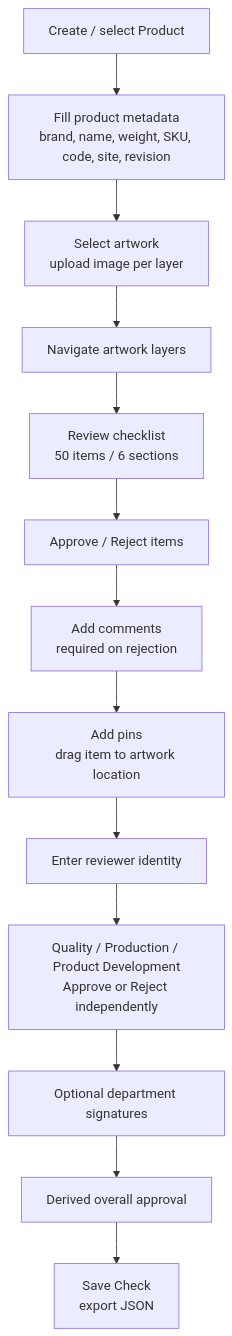
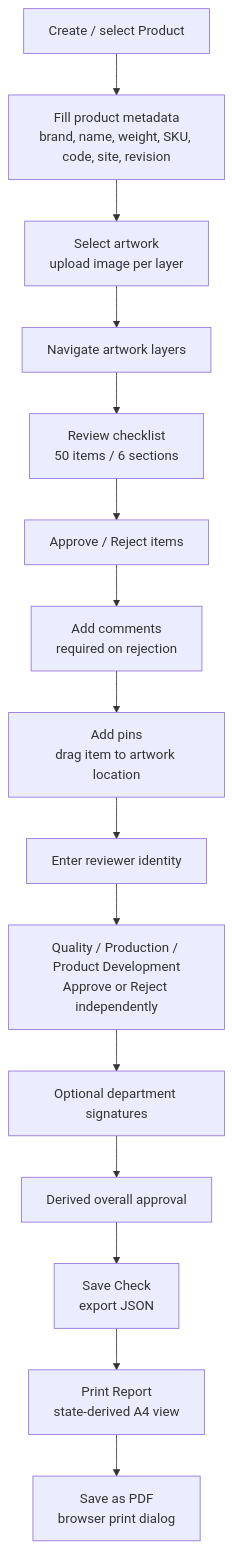
Before and after one commit to samantharissicy/artwork-checklist: the diagram in docs/domain/review-workflow.md, drawn with Mermaid. The commit also changed other lines of this file and 33 other files, not shown here.

Commit message:
feat: implement state-derived print report system and establish architectural documentation suite

````diff
--- a/docs/domain/review-workflow.md
+++ b/docs/domain/review-workflow.md
@@ -11,15 +11,17 @@
 ```mermaid
 flowchart TD
   A[Create / select Product] --> B[Fill product metadata<br/>brand, name, weight, SKU, code, site, revision]
   B --> C[Select artwork<br/>upload image per layer]
   C --> D[Navigate artwork layers]
   D --> E[Review checklist<br/>50 items / 6 sections]
   E --> F[Approve / Reject items]
   F --> G[Add comments<br/>required on rejection]
   G --> H[Add pins<br/>drag item to artwork location]
   H --> I[Enter reviewer identity]
   I --> J[Quality / Production / Product Development<br/>Approve or Reject independently]
   J --> K[Optional department signatures]
   K --> L[Derived overall approval]
   L --> M[Save Check<br/>export JSON]
+  M --> N[Print Report<br/>state-derived A4 view]
+  N --> O[Save as PDF<br/>browser print dialog]
 ```
````
